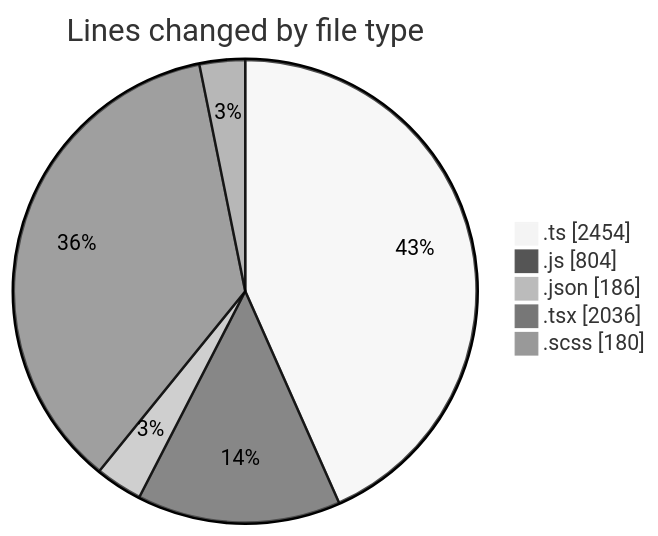
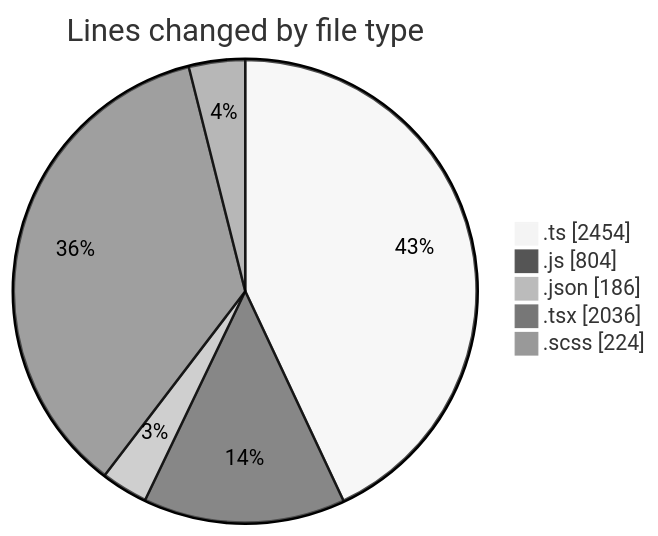
One commit to momahboobian/code-tracking changed the first of 2 diagrams in 2026-06-18/cda/README.md. Above: the diagram before and after it, drawn with Mermaid (neutral theme). The commit also changed other lines of this file and 1 other file, not shown here.

````diff
--- a/2026-06-18/cda/README.md
+++ b/2026-06-18/cda/README.md
@@ -49,9 +49,9 @@
 ```mermaid
 pie showData
 title Lines changed by file type
 ".ts" : 2454
 ".js" : 804
 ".json" : 186
 ".tsx" : 2036
-".scss" : 180
+".scss" : 224
 ```
````
